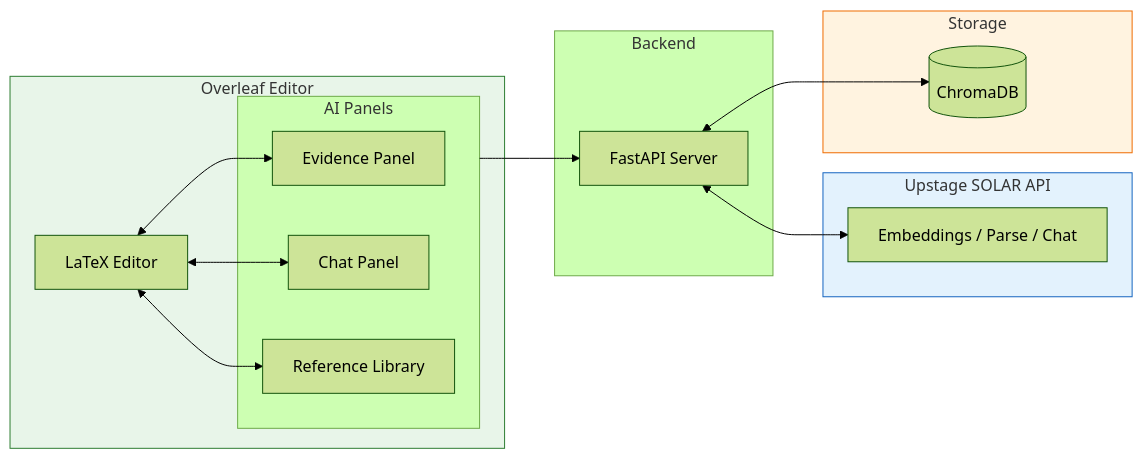
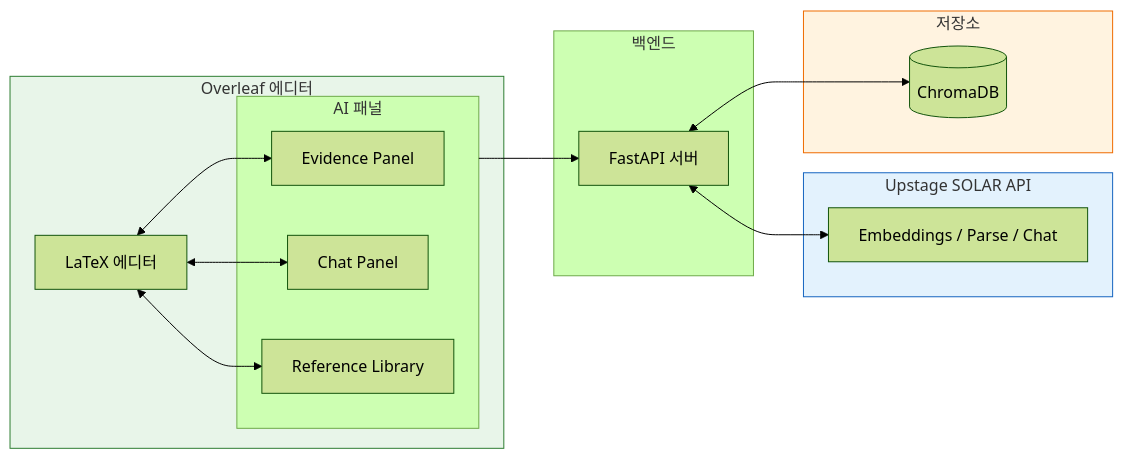
One commit to GoBeromsu/My-awesome-RA- changed the first of 4 diagrams in README.md. Above: the diagram before and after it, drawn with Mermaid (forest theme). The commit also changed other lines of this file and 1 other file, not shown here.

First line of the commit message:
docs(readme): localize to Korean and expand API/config documentation

````diff
--- a/README.md
+++ b/README.md
@@ -13,32 +11,32 @@
 ```mermaid
 flowchart LR
-    subgraph Overleaf["Overleaf Editor"]
-        Editor["LaTeX Editor"]
-        subgraph Panels["AI Panels"]
+    subgraph Overleaf["Overleaf 에디터"]
+        Editor["LaTeX 에디터"]
+        subgraph Panels["AI 패널"]
             Evidence["Evidence Panel"]
             Chat["Chat Panel"]
             RefLib["Reference Library"]
         end
     end
 
-    subgraph Backend["Backend"]
-        API["FastAPI Server"]
+    subgraph Backend["백엔드"]
+        API["FastAPI 서버"]
     end
 
     subgraph Upstage["Upstage SOLAR API"]
         Solar["Embeddings / Parse / Chat"]
     end
 
-    subgraph Storage["Storage"]
+    subgraph Storage["저장소"]
         Chroma[("ChromaDB")]
     end
 
     Editor <--> Evidence & Chat & RefLib
     Panels --> API
     API <--> Solar
     API <--> Chroma
 
     style Overleaf fill:#e8f5e9,stroke:#2e7d32
     style Upstage fill:#e3f2fd,stroke:#1565c0
     style Storage fill:#fff3e0,stroke:#ef6c00
 ```
````
